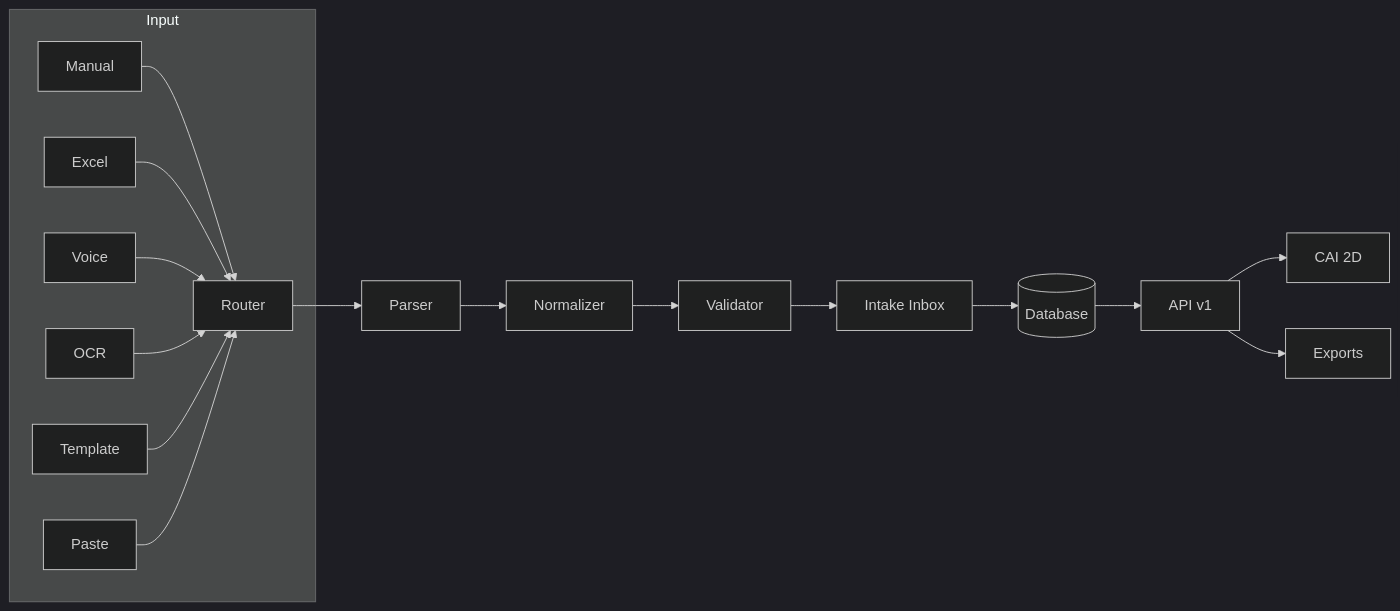
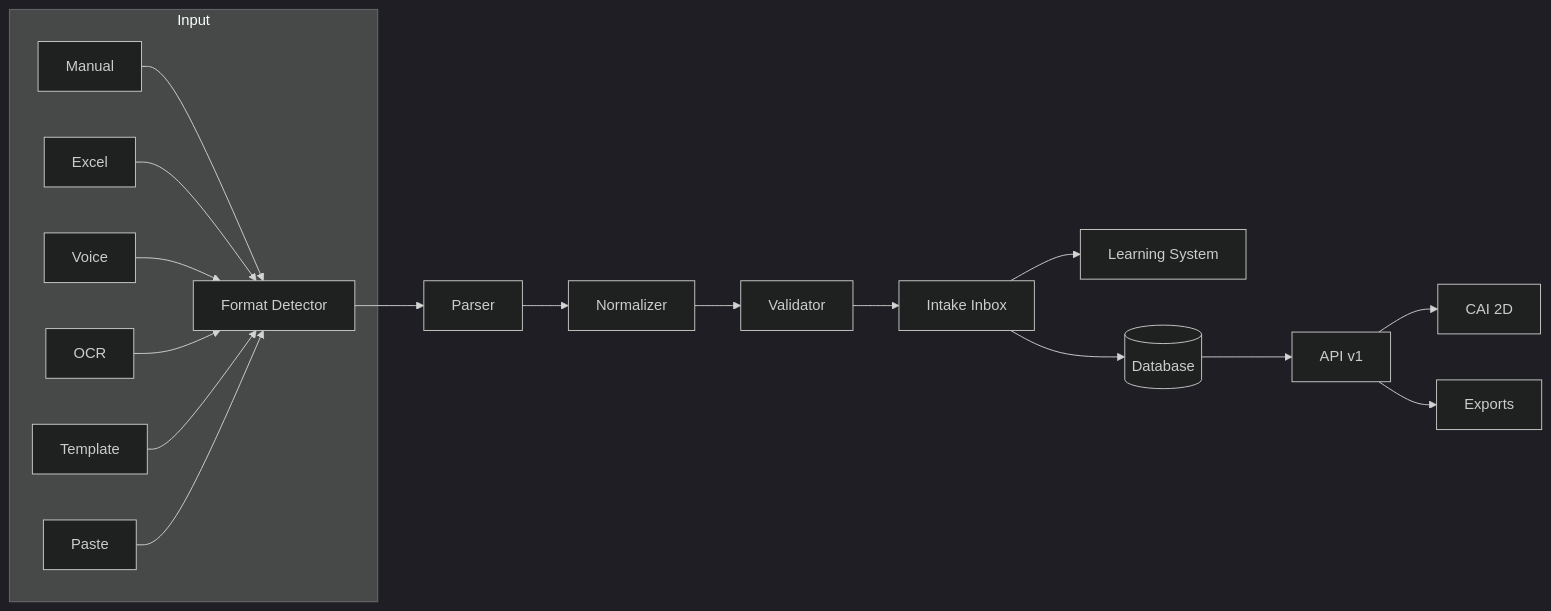
Before and after one commit to positivesocial/CAI-Intake: the diagram in README.md, drawn with Mermaid (dark theme). The commit also changed other lines of this file and 14 other files, not shown here.

````diff
--- a/README.md
+++ b/README.md
@@ -197,20 +229,21 @@
 ```mermaid
 flowchart LR
     subgraph Input
         A[Manual] --> R
         B[Excel] --> R
         C[Voice] --> R
         D[OCR] --> R
         E[Template] --> R
         F[Paste] --> R
     end
     
-    R[Router] --> P[Parser]
+    R[Format Detector] --> P[Parser]
     P --> N[Normalizer]
     N --> V[Validator]
     V --> I[Intake Inbox]
+    I --> L[Learning System]
     I --> DB[(Database)]
     DB --> API[API v1]
     API --> OPT[CAI 2D]
     API --> EXP[Exports]
 ```
````
